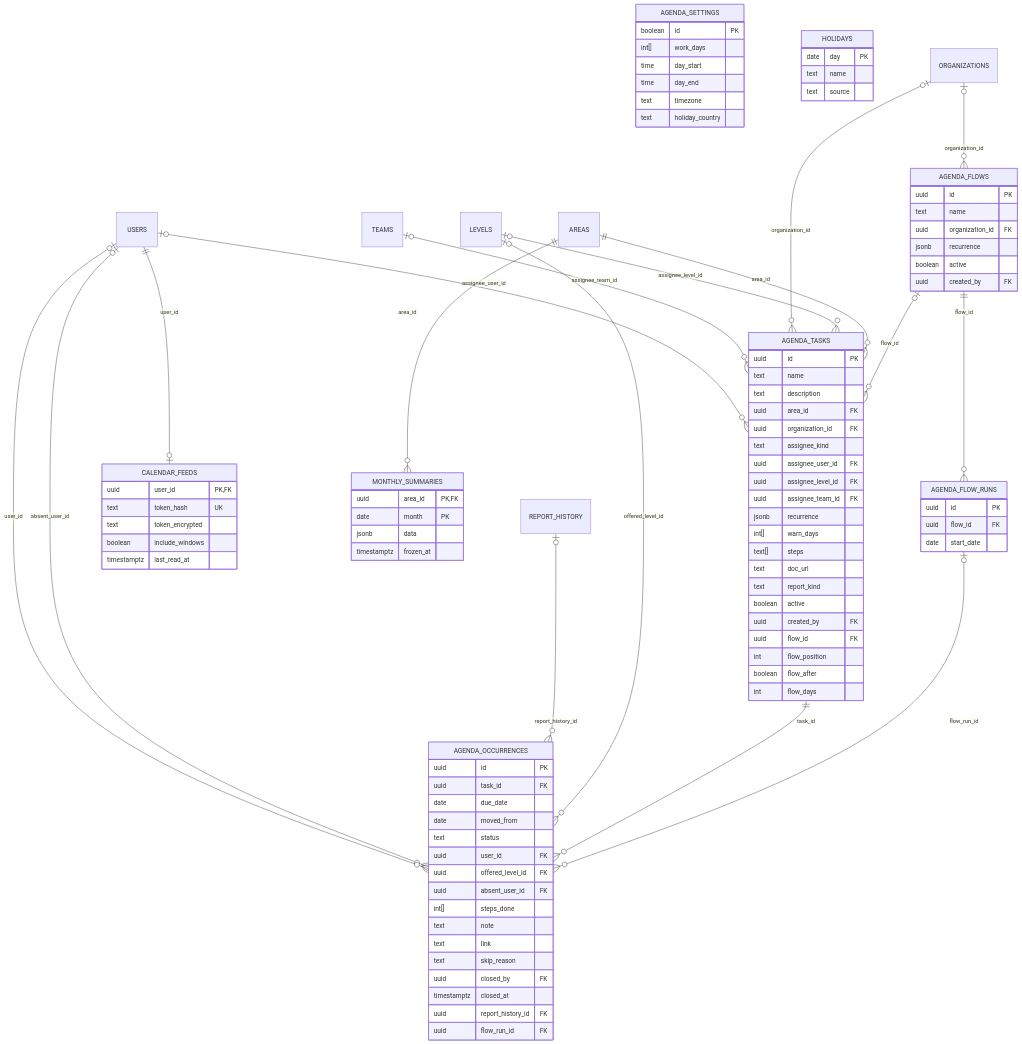
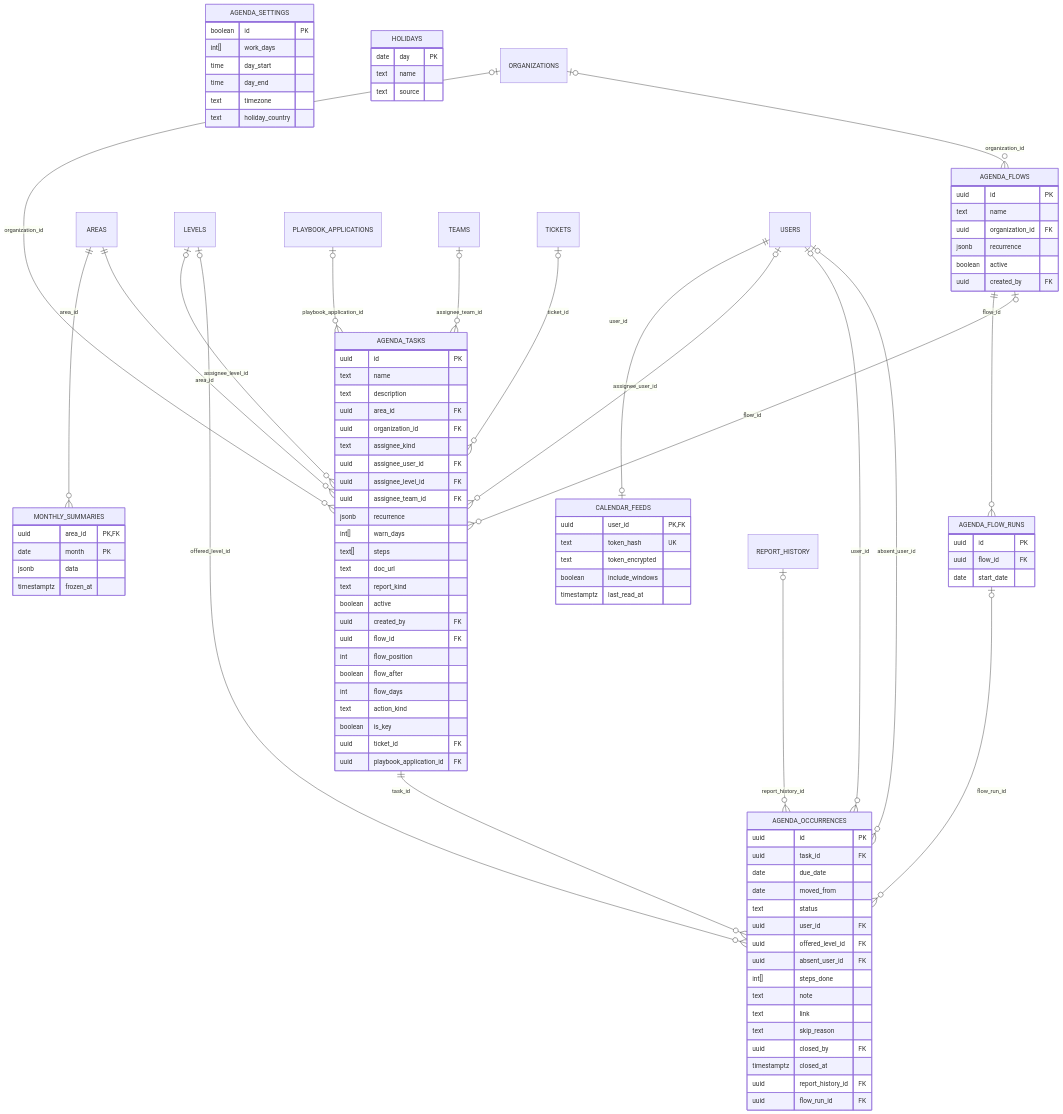
The seventh of 16 diagrams in docs/modelo-de-datos.md (athomo001/BitacoraSOC), drawn with Mermaid before and after one commit. The commit also changed other lines of this file and 112 other files, not shown here.

```diff
--- a/docs/modelo-de-datos.md
+++ b/docs/modelo-de-datos.md
@@ -934,6 +975,10 @@
         int flow_position
         boolean flow_after
         int flow_days
+        text action_kind
+        boolean is_key
+        uuid ticket_id FK
+        uuid playbook_application_id FK
     }
     AGENDA_OCCURRENCES {
         uuid id PK
@@ -1003,8 +1048,10 @@
     LEVELS |o--o{ AGENDA_TASKS : "assignee_level_id"
     ORGANIZATIONS |o--o{ AGENDA_FLOWS : "organization_id"
     ORGANIZATIONS |o--o{ AGENDA_TASKS : "organization_id"
+    PLAYBOOK_APPLICATIONS |o--o{ AGENDA_TASKS : "playbook_application_id"
     REPORT_HISTORY |o--o{ AGENDA_OCCURRENCES : "report_history_id"
     TEAMS |o--o{ AGENDA_TASKS : "assignee_team_id"
+    TICKETS |o--o{ AGENDA_TASKS : "ticket_id"
     USERS |o--o{ AGENDA_OCCURRENCES : "absent_user_id"
     USERS |o--o{ AGENDA_OCCURRENCES : "user_id"
     USERS |o--o{ AGENDA_TASKS : "assignee_user_id"
```
